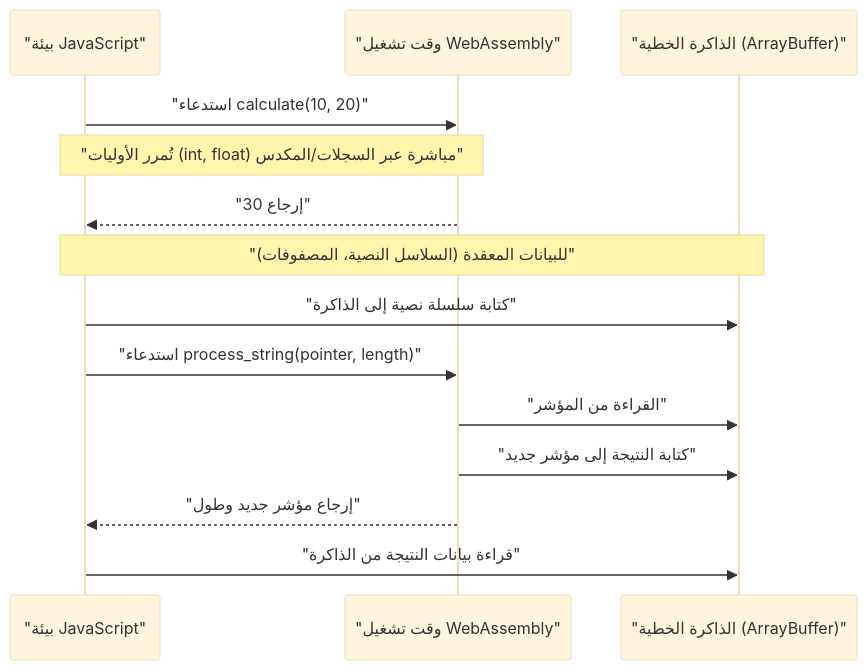
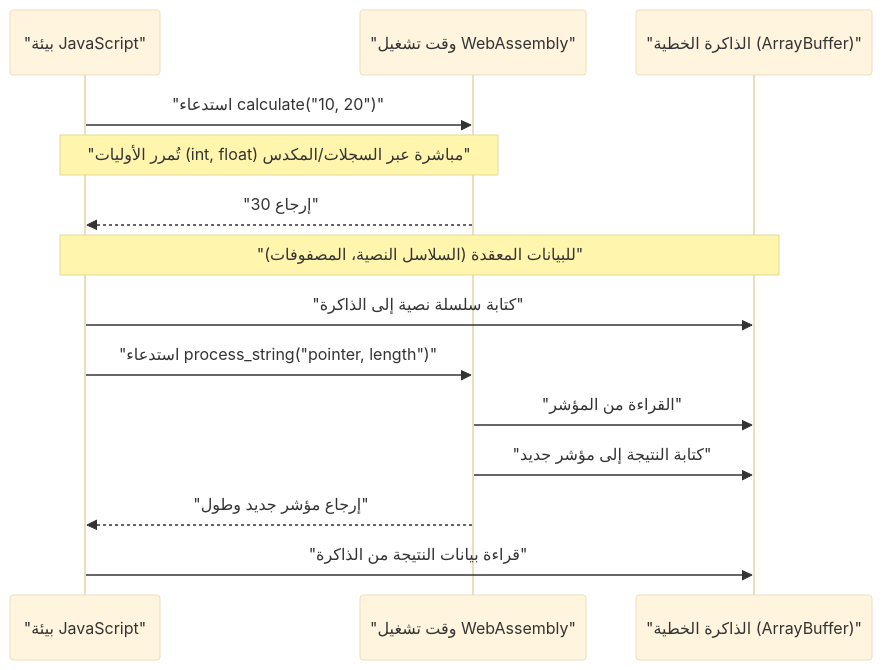
One commit to kenjinote/blog changed the second of 3 diagrams in content/post/webassembly出力/index.ar.md. Above: the diagram before and after it, drawn with Mermaid (base theme). The commit also changed 929 other files, not shown here.

Commit message:
fix: Add double quotes to all Mermaid node texts to resolve syntax errors

````diff
--- a/content/post/webassembly出力/index.ar.md
+++ b/content/post/webassembly出力/index.ar.md
@@ -220,18 +220,18 @@
 ```mermaid
 sequenceDiagram
   participant JS as "بيئة JavaScript"
   participant Wasm as "وقت تشغيل WebAssembly"
   participant Mem as "الذاكرة الخطية (ArrayBuffer)"
 
-  JS->>Wasm: "استدعاء calculate(10, 20)"
+  JS->>Wasm: "استدعاء calculate("10, 20")"
   note over JS,Wasm: "تُمرر الأوليات (int, float) مباشرة عبر السجلات/المكدس"
   Wasm-->>JS: "إرجاع 30"
 
   note over JS, Mem: "للبيانات المعقدة (السلاسل النصية، المصفوفات)"
   JS->>Mem: "كتابة سلسلة نصية إلى الذاكرة"
-  JS->>Wasm: "استدعاء process_string(pointer, length)"
+  JS->>Wasm: "استدعاء process_string("pointer, length")"
   Wasm->>Mem: "القراءة من المؤشر"
   Wasm->>Mem: "كتابة النتيجة إلى مؤشر جديد"
   Wasm-->>JS: "إرجاع مؤشر جديد وطول"
   JS->>Mem: "قراءة بيانات النتيجة من الذاكرة"
 ```
````
